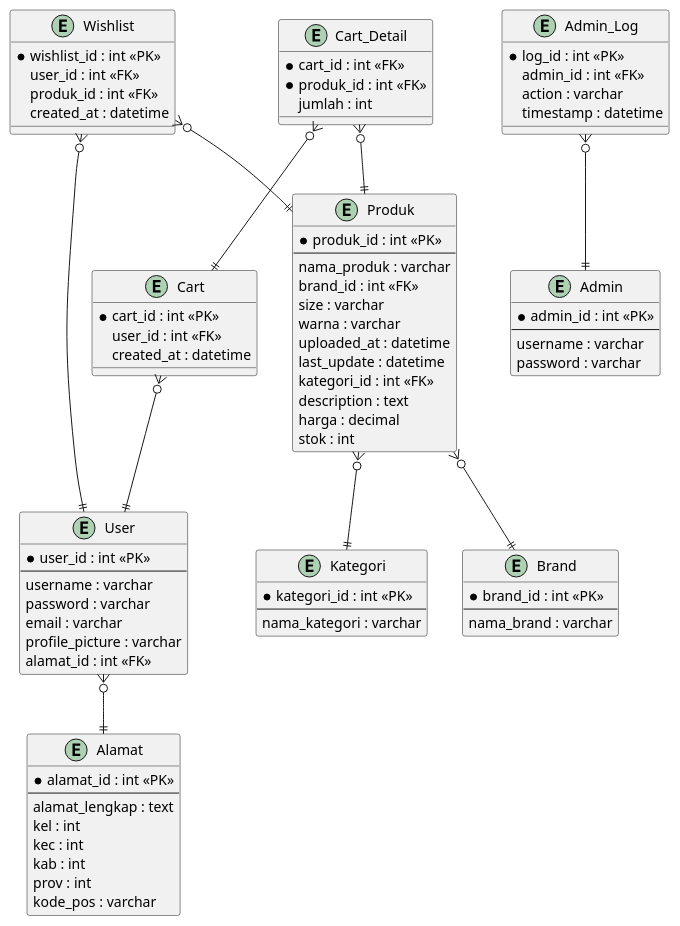
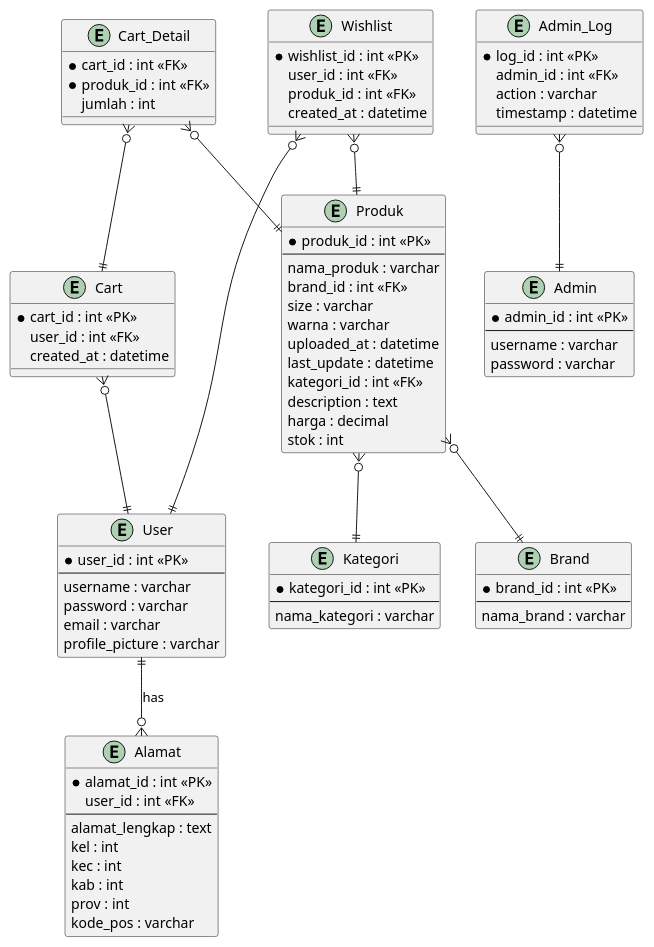
Before and after one commit to andrr64/vintage-online-shop: the diagram in documents/ERD.puml, drawn with PlantUML.

Commit message:
refactor: update ERD to correct user-alamat relationship and add user_id to Alamat entity

```diff
--- a/documents/ERD.puml
+++ b/documents/ERD.puml
@@ -1,95 +1,95 @@
 @startuml
 
 entity "User" as user {
   *user_id : int <<PK>>
   --
   username : varchar
   password : varchar
   email : varchar
   profile_picture : varchar
-  alamat_id : int <<FK>>
 }
 
 entity "Admin" as admin {
   *admin_id : int <<PK>>
   --
   username : varchar
   password : varchar
 }
 
 entity "Admin_Log" as admin_log {
   *log_id : int <<PK>>
   admin_id : int <<FK>>
   action : varchar
   timestamp : datetime
 }
 
 entity "Produk" as produk {
   *produk_id : int <<PK>>
   --
   nama_produk : varchar
   brand_id : int <<FK>>
   size : varchar
   warna : varchar
   uploaded_at : datetime
   last_update : datetime
   kategori_id : int <<FK>>
   description : text
   harga : decimal
   stok : int
 }
 
 entity "Kategori" as kategori {
   *kategori_id : int <<PK>>
   --
   nama_kategori : varchar
 }
 
 entity "Brand" as brand {
   *brand_id : int <<PK>>
   --
   nama_brand : varchar
 }
 
 entity "Alamat" as alamat {
   *alamat_id : int <<PK>>
+  user_id : int <<FK>>
   --
   alamat_lengkap : text
   kel : int
   kec : int
   kab : int
   prov : int
   kode_pos : varchar
 }
 
 entity "Cart" as cart {
   *cart_id : int <<PK>>
   user_id : int <<FK>>
   created_at : datetime
 }
 
 entity "Cart_Detail" as cart_detail {
   *cart_id : int <<FK>>
   *produk_id : int <<FK>>
   jumlah : int
 }
 
 entity "Wishlist" as wishlist {
   *wishlist_id : int <<PK>>
   user_id : int <<FK>>
   produk_id : int <<FK>>
   created_at : datetime
 }
 
 ' Relasi
-user }o--|| alamat
+user ||--o{ alamat       : has
 produk }o--|| kategori
 produk }o--|| brand
 admin_log }o--|| admin
 cart }o--|| user
 cart_detail }o--|| cart
 cart_detail }o--|| produk
 wishlist }o--|| user
 wishlist }o--|| produk
 
 @enduml
```
